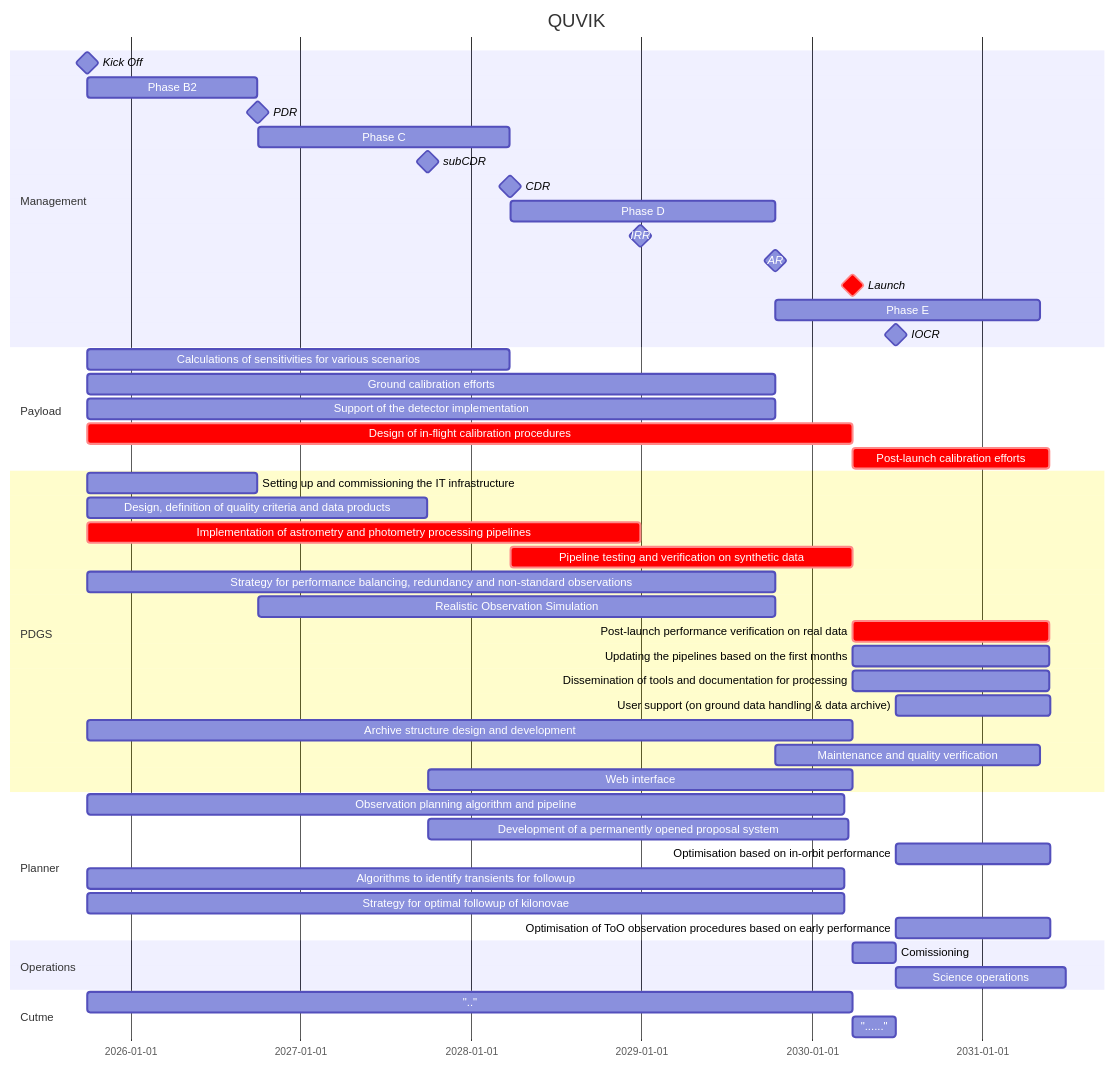
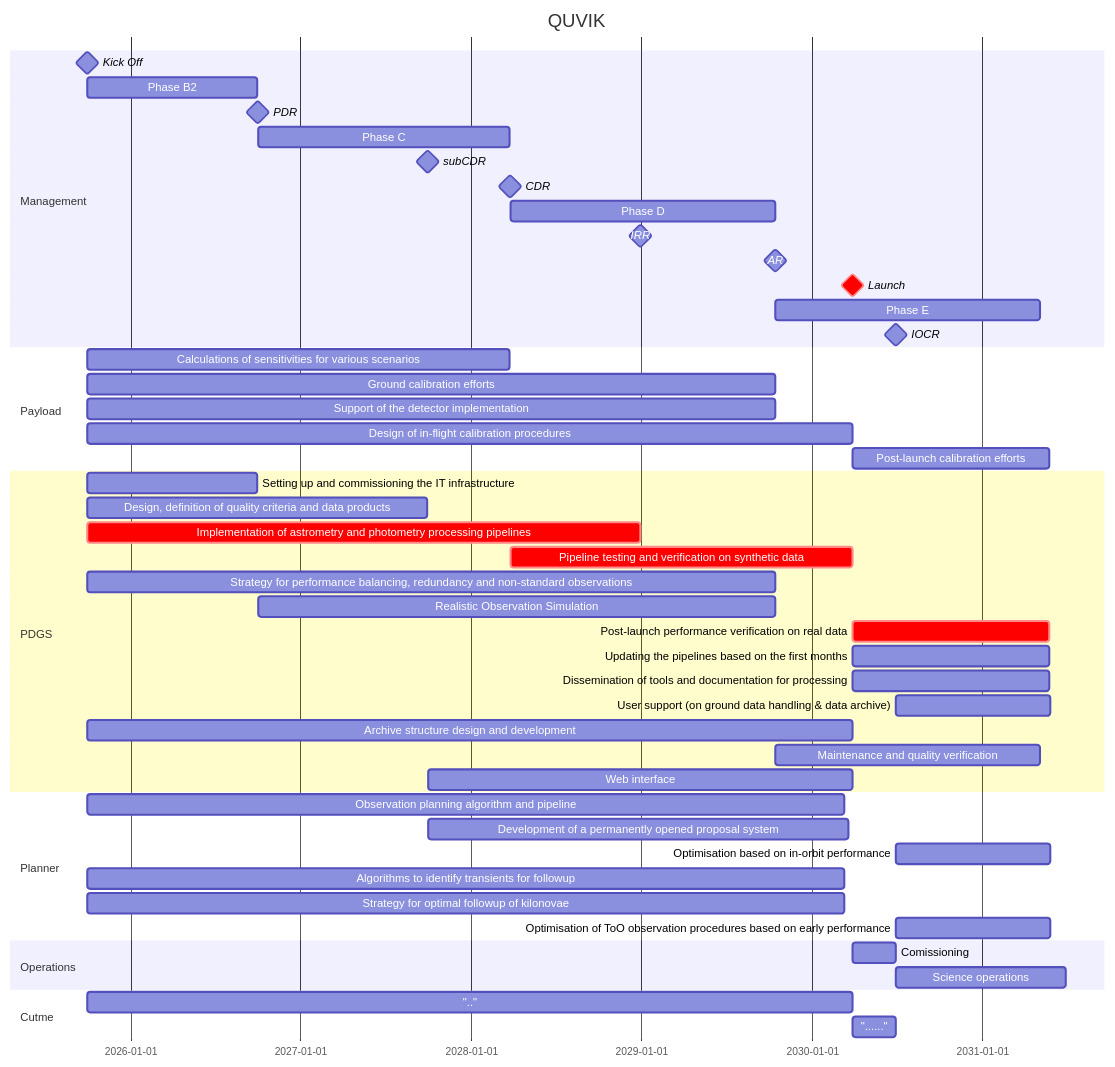
The diagram in calib/Block.md (limu007/quvik), drawn with Mermaid before and after one commit.

````diff
--- a/calib/Block.md
+++ b/calib/Block.md
@@ -3,57 +3,57 @@
 ```mermaid
 gantt
     title QUVIK
     dateFormat  YYYY-MM-DD
     section Management
     Kick Off : milestone, m1, 2025-09-31, 1d
     Phase B2 : b2, after m1, 52w
     PDR : milestone, pdr, after b2, 1d
     Phase C : c1, after pdr, 77w
     subCDR :  milestone, sc1, after des, 1d
     CDR : milestone, cdr, after c1, 1d
     Phase D : d1, after cdr, 81w
     IRR : milestone, irr, after imp, 1d
     AR : milestone, ar, after d1, 1d
     Launch : crit, milestone, frr, after dcal, 1d
     Phase E : e1, after ar, 81w
     IOCR : milestone, iocr, after e2, 1d
 
     section Payload
     Calculations of sensitivities for various scenarios :  after m1 , until cdr
     Ground calibration efforts :  after m1 , until ar
     Support of the detector implementation :  after m1 , until ar 
-    Design of in-flight calibration procedures : crit, dcal, after m1 , 234w
-    Post-launch calibration efforts : crit, after frr , 420d
+    Design of in-flight calibration procedures : dcal, after m1 , 234w
+    Post-launch calibration efforts : after frr , 420d
 
     section PDGS
     Setting up and commissioning the IT infrastructure : after m1, until pdr
     Design, definition of quality criteria and data products : 	des, after m1	, 104w
     Implementation of astrometry and photometry processing pipelines :crit, imp, after m1 , 169w
     Pipeline testing and verification on synthetic data :crit,  pp, after cdr, until frr
     Strategy for performance balancing, redundancy and non-standard observations :  after m1 , until ar
     Realistic Observation Simulation :  after pdr , until ar
     Post-launch performance verification on real data :crit,   after frr , 420d
     Updating the pipelines based on the first months :  after frr , 420d
     Dissemination of tools and documentation for processing :  after frr , 420d
      User support (on ground data handling & data archive) :  after iocr , 330d
      Archive structure design and development :  after m1 , until frr
      Maintenance and quality verification :  after ar , 81w
      Web interface :  after sc1 , until frr
 
     section Planner
     Observation planning algorithm and pipeline :  after m1 , 1620d
     Development of a permanently opened proposal system : after sc1 , 900d
     Optimisation based on in-orbit performance :  after iocr , 330d
     Algorithms to identify transients for followup :  after m1 , 1620d
     Strategy for optimal followup of kilonovae :  after m1 , 1620d
     Optimisation of ToO observation procedures based on early performance :  after iocr , 330d
 
     section Operations
     Comissioning : e2, after frr, 13w
     Science operations : e3, after iocr, 52w
 
     section Cutme
     "..": dcal, after m1 , 234w
     "......" : e2, after frr, 13w
 
 ```
````
